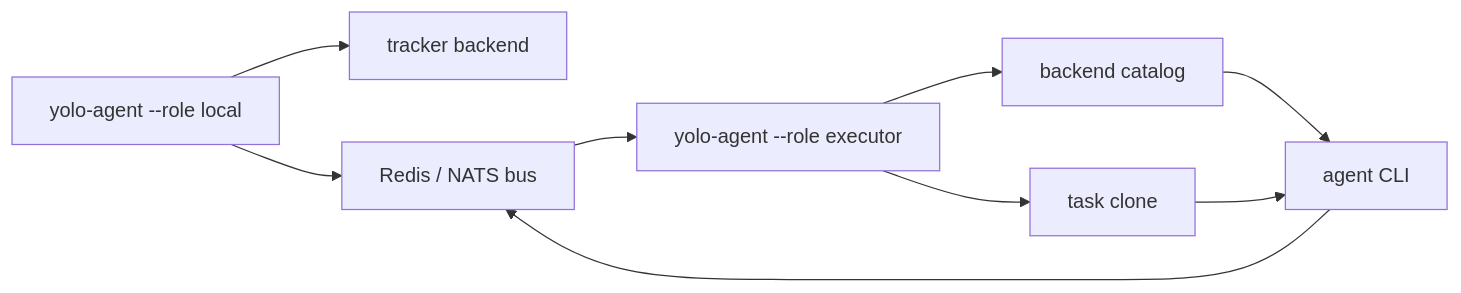
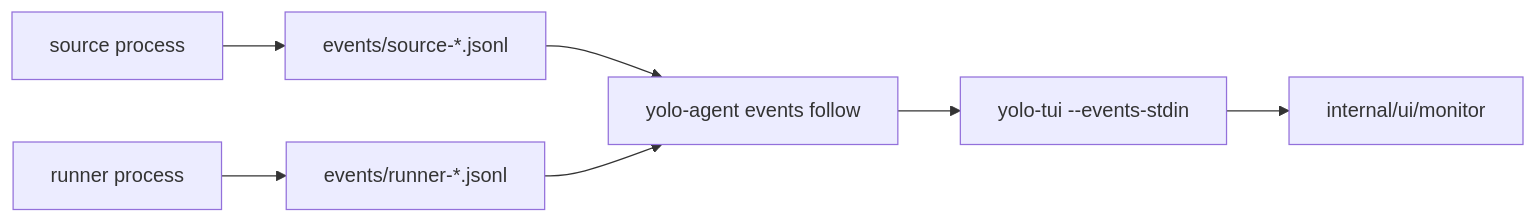
The sixth of 6 diagrams in docs/architecture.md (egv/yolo-runner), drawn with Mermaid before and after one commit. The commit also changed other lines of this file and 9 other files, not shown here.

First line of the commit message:
Bring documentation up to date with the queue-split architecture

````diff
--- a/docs/architecture.md
+++ b/docs/architecture.md
@@ -228,11 +162,9 @@
 ```mermaid
 flowchart LR
-  LocalAgent["yolo-agent --role local"] --> Storage["tracker backend"]
-  LocalAgent --> Bus["Redis / NATS bus"]
-  Bus --> RemoteExec["yolo-agent --role executor"]
-  RemoteExec --> Catalog["backend catalog"]
-  RemoteExec --> Clone["task clone"]
-  Catalog --> AgentCLI["agent CLI"]
-  Clone --> AgentCLI
-  AgentCLI --> Bus
+  SourceProc["source process"] --> F1["events/source-*.jsonl"]
+  RunnerProc["runner process"] --> F2["events/runner-*.jsonl"]
+  F1 --> Follow["yolo-agent events follow"]
+  F2 --> Follow
+  Follow --> TUI["yolo-tui --events-stdin"]
+  TUI --> Monitor["internal/ui/monitor"]
 ```
````
